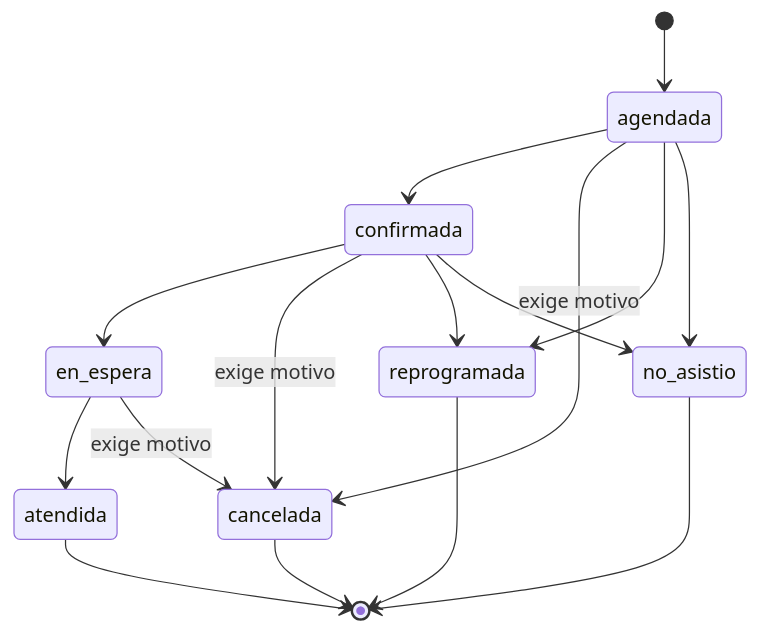
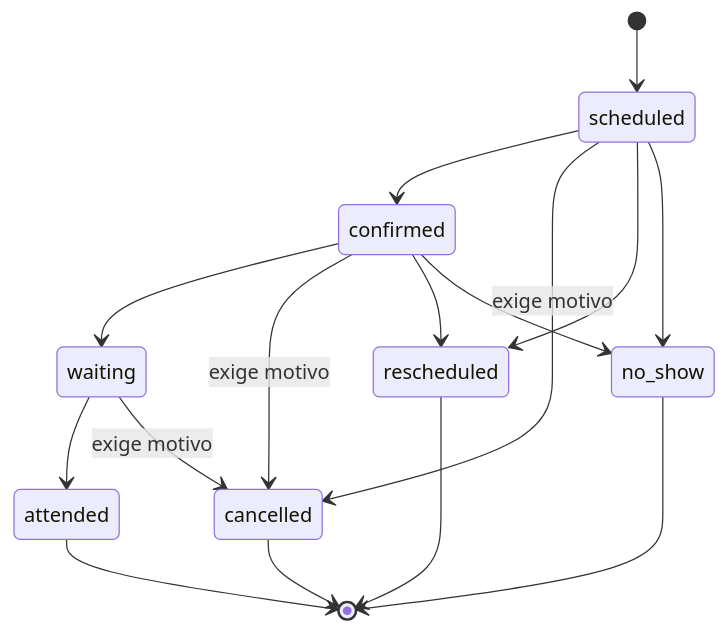
Before and after one commit to dylanbc1/dental-clinic-mcp-server: the third of 3 diagrams in docs/architecture.es.md, drawn with Mermaid. The commit also changed other lines of this file and 51 other files, not shown here.

````diff
--- a/docs/architecture.es.md
+++ b/docs/architecture.es.md
@@ -83,18 +83,18 @@
 ```mermaid
 stateDiagram-v2
-    [*] --> agendada
-    agendada --> confirmada
-    agendada --> cancelada : exige motivo
-    agendada --> reprogramada
-    agendada --> no_asistio
-    confirmada --> en_espera
-    confirmada --> cancelada : exige motivo
-    confirmada --> reprogramada
-    confirmada --> no_asistio
-    en_espera --> atendida
-    en_espera --> cancelada : exige motivo
-    atendida --> [*]
-    cancelada --> [*]
-    reprogramada --> [*]
-    no_asistio --> [*]
+    [*] --> scheduled
+    scheduled --> confirmed
+    scheduled --> cancelled : exige motivo
+    scheduled --> rescheduled
+    scheduled --> no_show
+    confirmed --> waiting
+    confirmed --> cancelled : exige motivo
+    confirmed --> rescheduled
+    confirmed --> no_show
+    waiting --> attended
+    waiting --> cancelled : exige motivo
+    attended --> [*]
+    cancelled --> [*]
+    rescheduled --> [*]
+    no_show --> [*]
 ```
````
